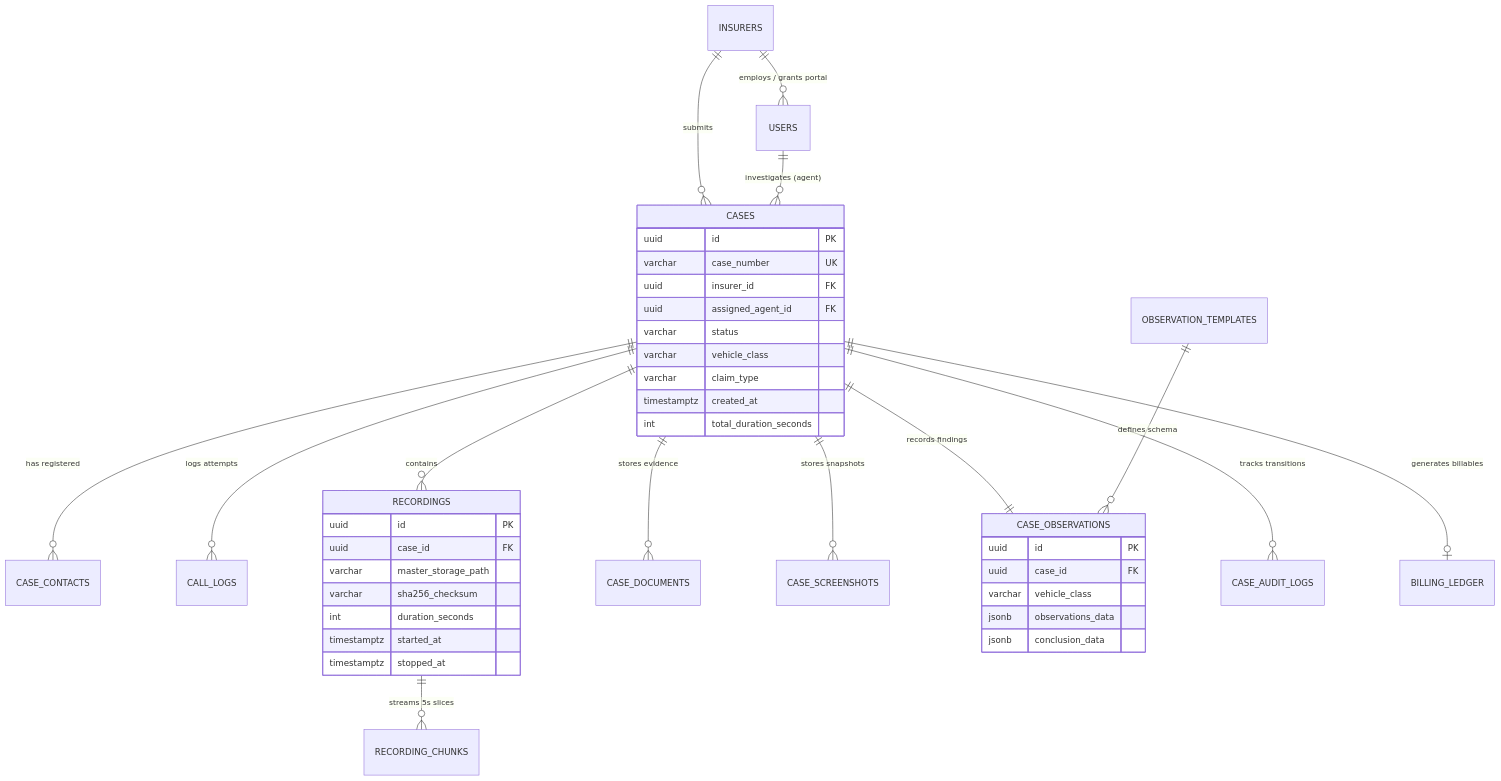
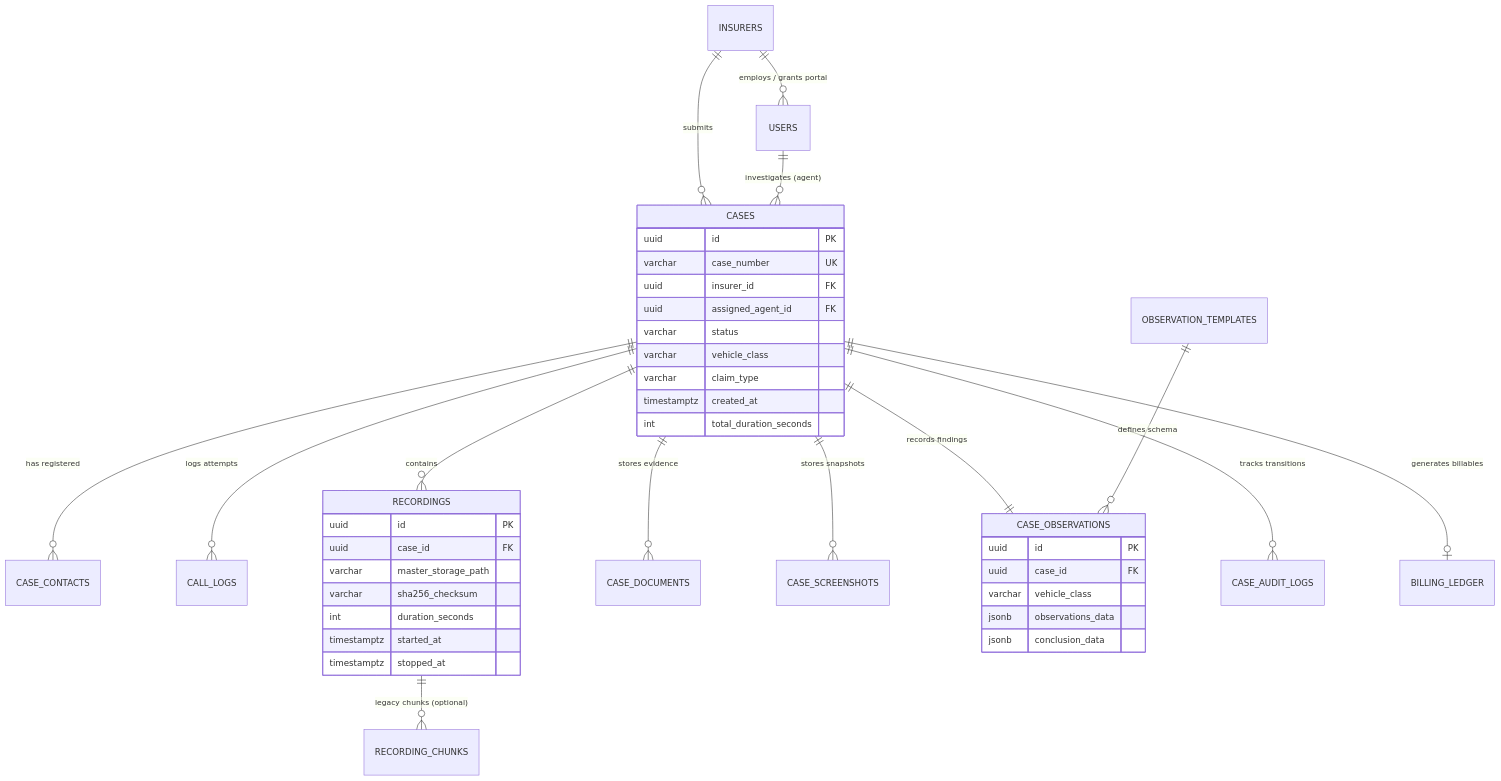
The diagram in obs/05_Database_Schema_and_Entity_Relationships.md (RajThak-998/claimverificationdossierintelligencesystem), drawn with Mermaid before and after one commit. The commit also changed other lines of this file and 10 other files, not shown here.

````diff
--- a/obs/05_Database_Schema_and_Entity_Relationships.md
+++ b/obs/05_Database_Schema_and_Entity_Relationships.md
@@ -19,46 +19,46 @@
 ```mermaid
 erDiagram
     INSURERS ||--o{ USERS : "employs / grants portal"
     INSURERS ||--o{ CASES : "submits"
     USERS ||--o{ CASES : "investigates (agent)"
     CASES ||--o{ CASE_CONTACTS : "has registered"
     CASES ||--o{ CALL_LOGS : "logs attempts"
     CASES ||--o{ RECORDINGS : "contains"
-    RECORDINGS ||--o{ RECORDING_CHUNKS : "streams 5s slices"
+    RECORDINGS ||--o{ RECORDING_CHUNKS : "legacy chunks (optional)"
     CASES ||--o{ CASE_DOCUMENTS : "stores evidence"
     CASES ||--o{ CASE_SCREENSHOTS : "stores snapshots"
     CASES ||--|| CASE_OBSERVATIONS : "records findings"
     CASES ||--o{ CASE_AUDIT_LOGS : "tracks transitions"
     CASES ||--o| BILLING_LEDGER : "generates billables"
     OBSERVATION_TEMPLATES ||--o{ CASE_OBSERVATIONS : "defines schema"
 
     CASES {
         uuid id PK
         varchar case_number UK
         uuid insurer_id FK
         uuid assigned_agent_id FK
         varchar status
         varchar vehicle_class
         varchar claim_type
         timestamptz created_at
         int total_duration_seconds
     }
 
     RECORDINGS {
         uuid id PK
         uuid case_id FK
         varchar master_storage_path
         varchar sha256_checksum
         int duration_seconds
         timestamptz started_at
         timestamptz stopped_at
     }
 
     CASE_OBSERVATIONS {
         uuid id PK
         uuid case_id FK
         varchar vehicle_class
         jsonb observations_data
         jsonb conclusion_data
     }
 ```
````
